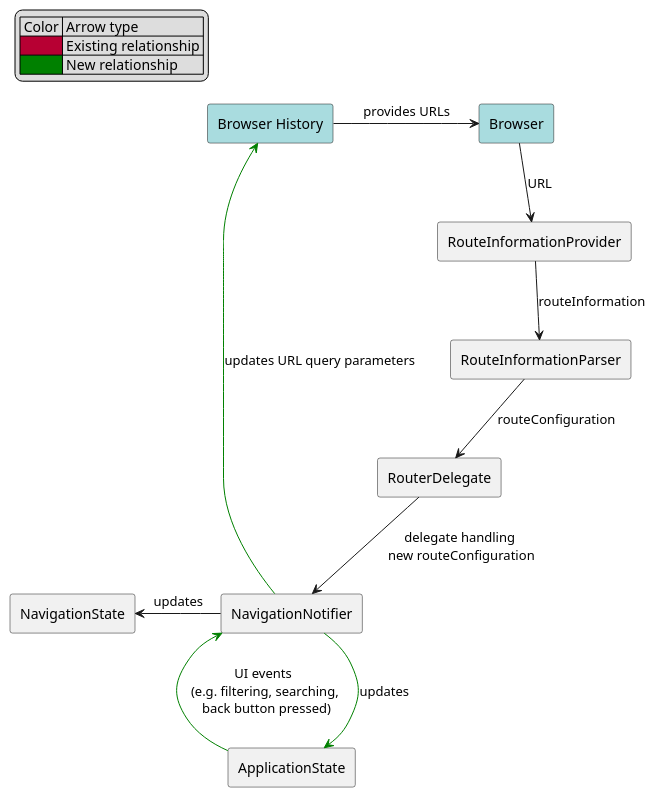
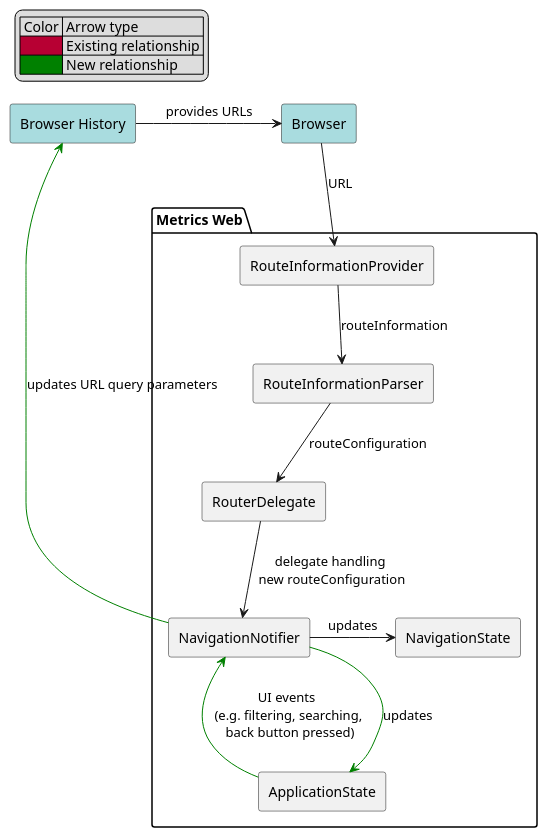
One commit to Flank/flank-dashboard changed the diagram in metrics/web/docs/features/deep_links/diagrams/deep_links_integration_component_diagram.puml. Above: the diagram before and after it, drawn with PlantUML. The commit also changed 1 other file, not shown here.

```diff
--- a/metrics/web/docs/features/deep_links/diagrams/deep_links_integration_component_diagram.puml
+++ b/metrics/web/docs/features/deep_links/diagrams/deep_links_integration_component_diagram.puml
@@ -1,38 +1,41 @@
 @startuml deep_links_integration_component_diagram
 
 skinparam componentStyle rectangle
 
 legend top left
     | Color | Arrow type |
     |<#B70033>| Existing relationship |
     |<#Green>| New relationship |
 endlegend
 
 component "Browser History" as History #A9DCDF
 component Browser #A9DCDF
-component RouteInformationProvider
-component RouteInformationParser
-component RouterDelegate
-component NavigationState
-component NavigationNotifier
-component ApplicationState
+
+package "Metrics Web" {
+    component RouteInformationProvider
+    component RouteInformationParser
+    component RouterDelegate
+    component NavigationState
+    component NavigationNotifier
+    component ApplicationState
+}
 
 History -right-> Browser : provides URLs
 
 Browser -down-> RouteInformationProvider : URL
 
 RouteInformationProvider -down-> RouteInformationParser : routeInformation
 
 RouteInformationParser -down-> RouterDelegate : routeConfiguration
 
 RouterDelegate -down-> NavigationNotifier : delegate handling\n new routeConfiguration
 
-NavigationNotifier -left-> NavigationState : updates
+NavigationNotifier -right-> NavigationState : updates
 
 NavigationNotifier -[#Green]up-> ApplicationState : updates
 
 ApplicationState -[#Green]up-> NavigationNotifier : UI events \n (e.g. filtering, searching, \n back button pressed)
 
 NavigationNotifier -[#Green]up-> History : updates URL query parameters
 
 @enduml
```
